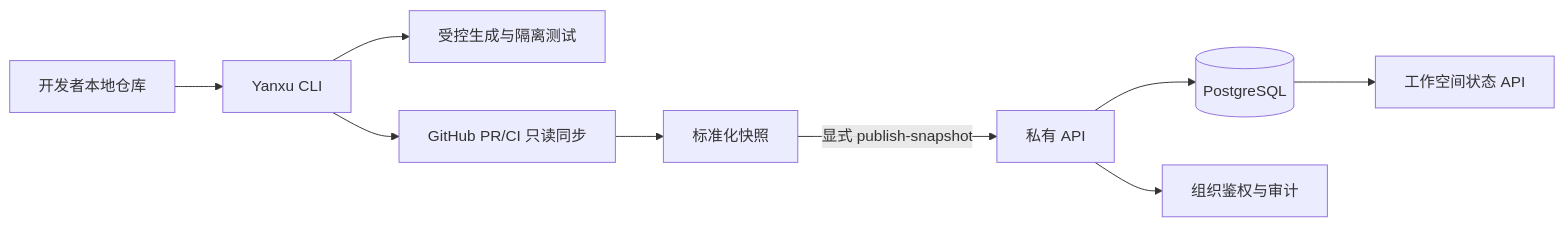
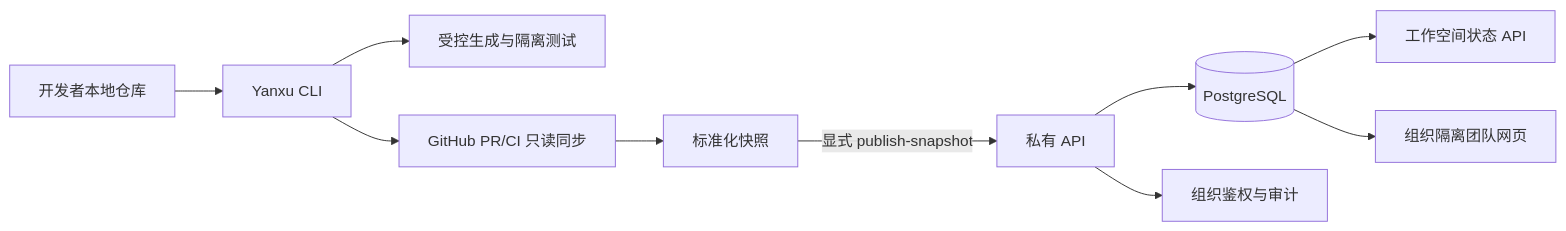
One commit to guannan1031/yanxu-dev changed the diagram in docs/PRIVATE_SERVICE.md. Above: the diagram before and after it, drawn with Mermaid. The commit also changed other lines of this file and 15 other files, not shown here.

````diff
--- a/docs/PRIVATE_SERVICE.md
+++ b/docs/PRIVATE_SERVICE.md
@@ -7,11 +7,12 @@
 ```mermaid
 flowchart LR
     A[开发者本地仓库] --> B[Yanxu CLI]
     B --> C[受控生成与隔离测试]
     B --> D[GitHub PR/CI 只读同步]
     D --> E[标准化快照]
     E -->|显式 publish-snapshot| F[私有 API]
     F --> G[(PostgreSQL)]
     F --> H[组织鉴权与审计]
     G --> I[工作空间状态 API]
+    G --> J[组织隔离团队网页]
 ```
````
